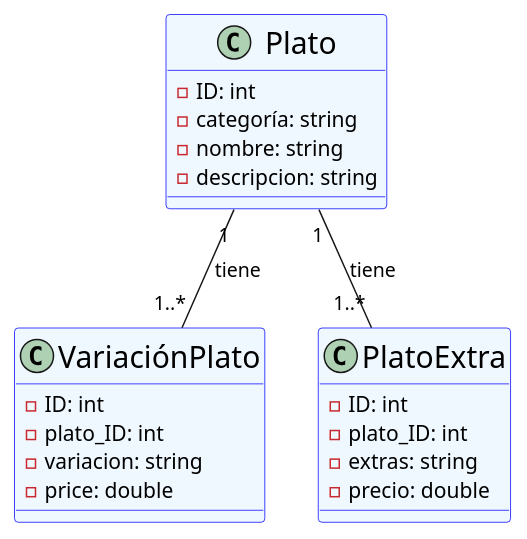
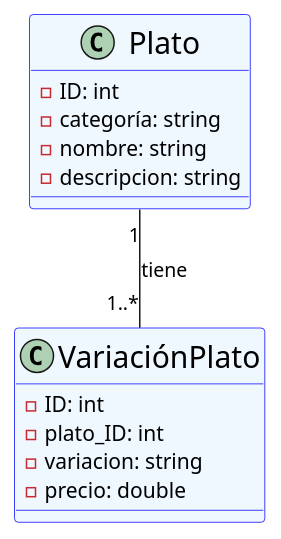
Before and after one commit to AmineBennani7/Smart-Voice-Restaurant-Assistant: the diagram in backend/src/database/menu.plantuml, drawn with PlantUML. The commit also changed 7 other files, not shown here.

```diff
--- a/backend/src/database/menu.plantuml
+++ b/backend/src/database/menu.plantuml
@@ -1,31 +1,26 @@
 @startuml menu 
 skinparam classBackgroundColor AliceBlue
 skinparam classBorderColor Blue
 skinparam classFontName Comic Sans 
 skinparam classFontSize 20
 
 class Plato {
   - ID: int
   - categoría: string
   - nombre: string
   - descripcion: string
 }
 
 class VariaciónPlato {
   - ID: int
   - plato_ID: int
   - variacion: string
-  - price: double
-}
-
-class PlatoExtra {
-  - ID: int
-  - plato_ID: int
-  - extras: string
   - precio: double
 }
 
+
+
 Plato "1" -- "1..*" VariaciónPlato : tiene
-Plato "1" -- "1..*" PlatoExtra : tiene
+
 
 @enduml
```
